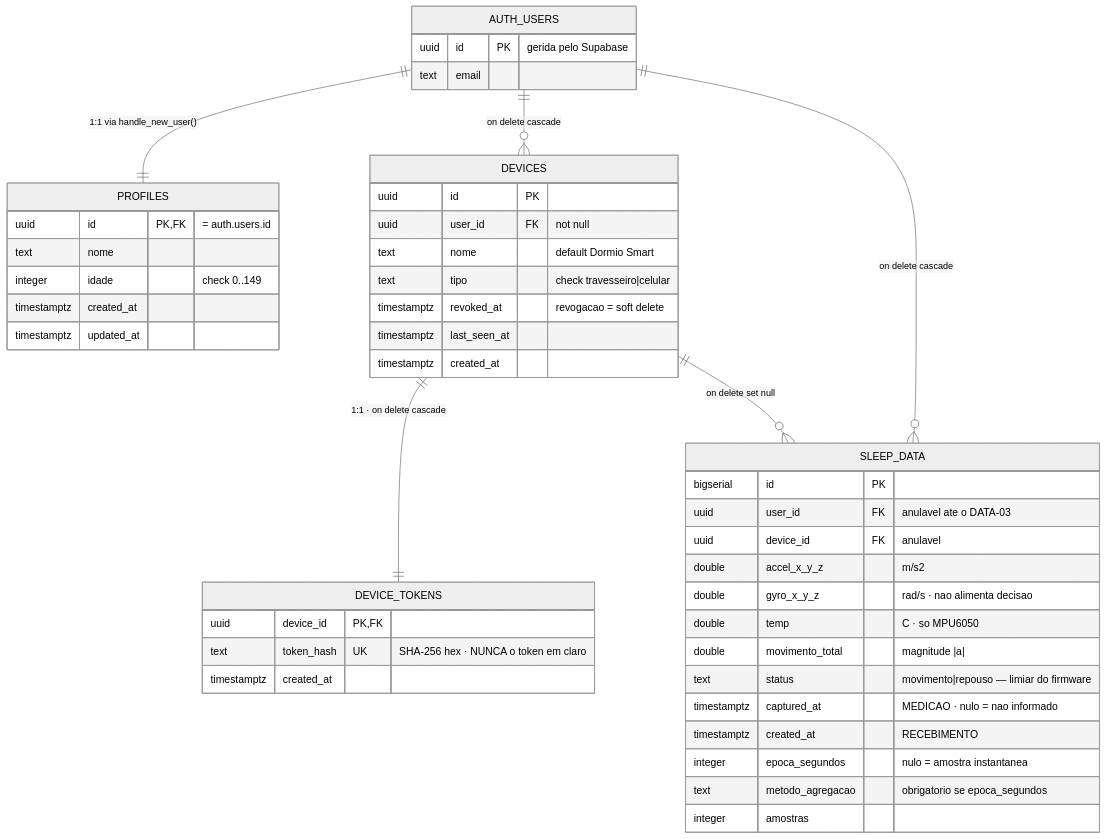
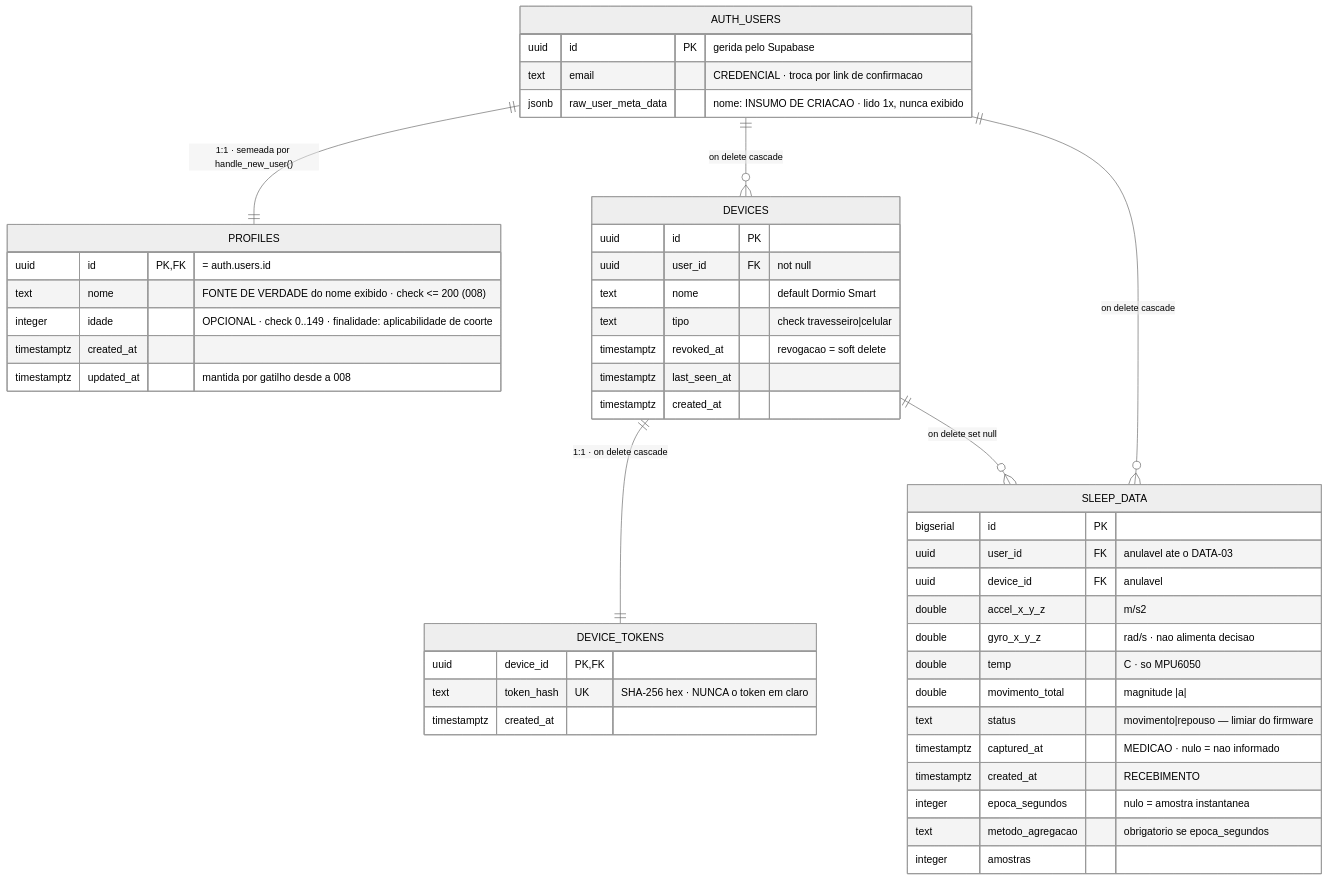
The first of 3 diagrams in docs/diagramas/DIAG-04-modelo-de-dados-e-seguranca.md (vitormendes4072/DormioSmart), drawn with Mermaid (neutral theme) before and after one commit. The commit also changed other lines of this file and 3 other files, not shown here.

````diff
--- a/docs/diagramas/DIAG-04-modelo-de-dados-e-seguranca.md
+++ b/docs/diagramas/DIAG-04-modelo-de-dados-e-seguranca.md
@@ -19,49 +33,50 @@
 ```mermaid
 erDiagram
-    AUTH_USERS ||--|| PROFILES : "1:1 via handle_new_user()"
+    AUTH_USERS ||--|| PROFILES : "1:1 · semeada por handle_new_user()"
     AUTH_USERS ||--o{ DEVICES : "on delete cascade"
     AUTH_USERS ||--o{ SLEEP_DATA : "on delete cascade"
     DEVICES ||--|| DEVICE_TOKENS : "1:1 · on delete cascade"
     DEVICES ||--o{ SLEEP_DATA : "on delete set null"
 
     AUTH_USERS {
         uuid id PK "gerida pelo Supabase"
-        text email
+        text email "CREDENCIAL · troca por link de confirmacao"
+        jsonb raw_user_meta_data "nome: INSUMO DE CRIACAO · lido 1x, nunca exibido"
     }
     PROFILES {
         uuid id PK,FK "= auth.users.id"
-        text nome
-        integer idade "check 0..149"
+        text nome "FONTE DE VERDADE do nome exibido · check <= 200 (008)"
+        integer idade "OPCIONAL · check 0..149 · finalidade: aplicabilidade de coorte"
         timestamptz created_at
-        timestamptz updated_at
+        timestamptz updated_at "mantida por gatilho desde a 008"
     }
     DEVICES {
         uuid id PK
         uuid user_id FK "not null"
         text nome "default Dormio Smart"
         text tipo "check travesseiro|celular"
         timestamptz revoked_at "revogacao = soft delete"
         timestamptz last_seen_at
         timestamptz created_at
     }
     DEVICE_TOKENS {
         uuid device_id PK,FK
         text token_hash UK "SHA-256 hex · NUNCA o token em claro"
         timestamptz created_at
     }
     SLEEP_DATA {
         bigserial id PK
         uuid user_id FK "anulavel ate o DATA-03"
         uuid device_id FK "anulavel"
         double accel_x_y_z "m/s2"
         double gyro_x_y_z "rad/s · nao alimenta decisao"
         double temp "C · so MPU6050"
         double movimento_total "magnitude |a|"
         text status "movimento|repouso — limiar do firmware"
         timestamptz captured_at "MEDICAO · nulo = nao informado"
         timestamptz created_at "RECEBIMENTO"
         integer epoca_segundos "nulo = amostra instantanea"
         text metodo_agregacao "obrigatorio se epoca_segundos"
         integer amostras
     }
 ```
````
